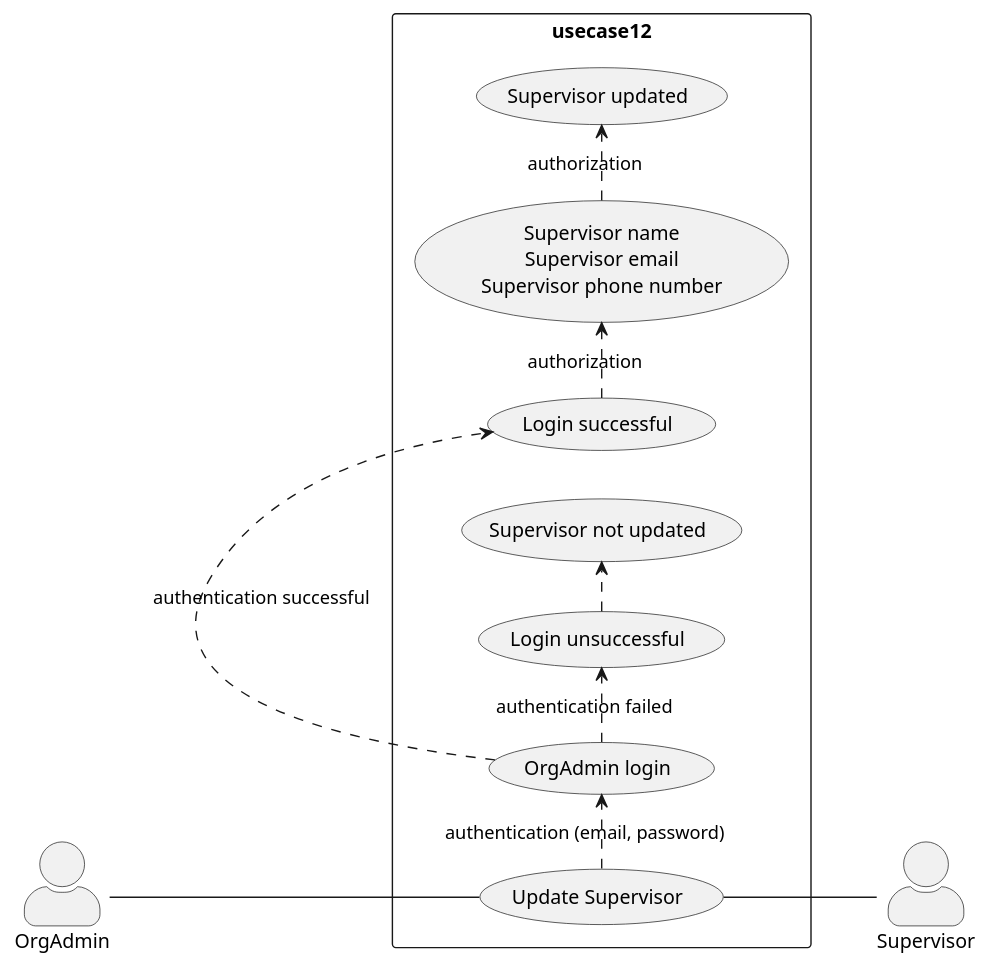
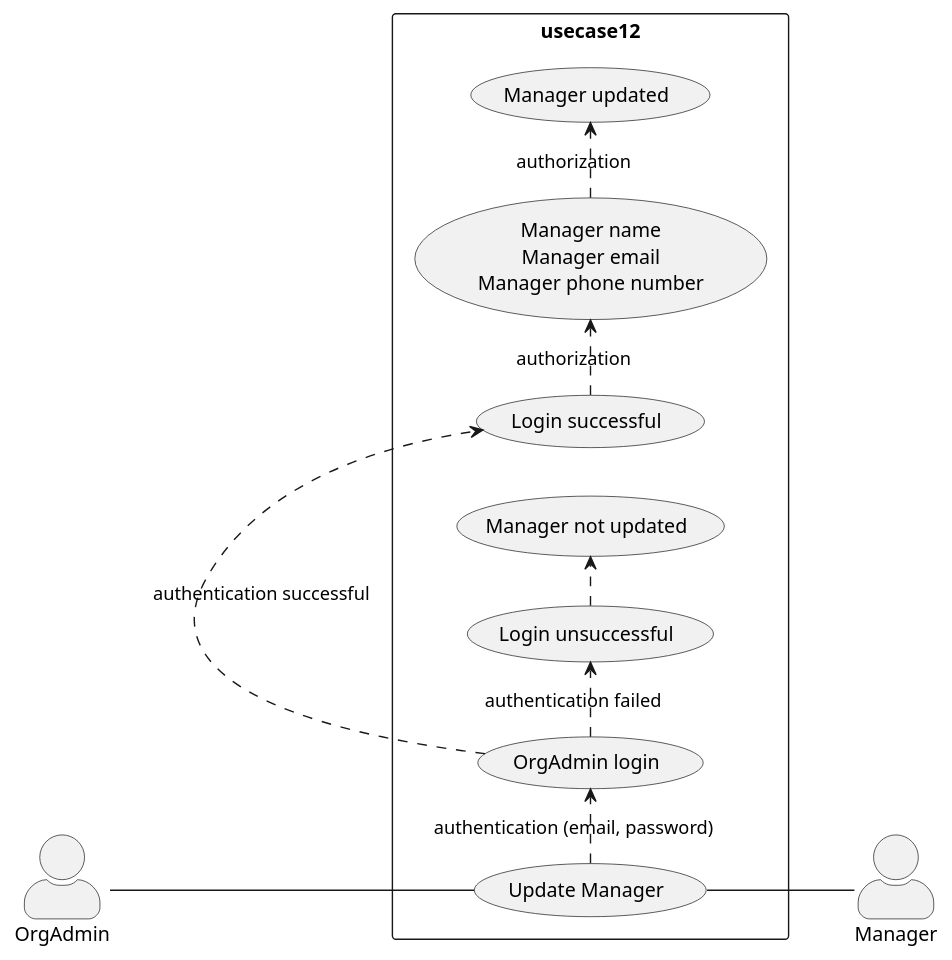
The diagram in 12_org_admin_usecase12.wsd (wawerualbert/CodeHub), drawn with PlantUML before and after one commit. The commit also changed 6 other files, not shown here.

Commit message:
switch supervisor and manager

```diff
--- a/12_org_admin_usecase12.wsd
+++ b/12_org_admin_usecase12.wsd
@@ -1,21 +1,21 @@
-@startuml OrgAdmin Update Supervisor
+@startuml OrgAdmin Update Manager
 
 skinparam actorStyle awesome
 left to right direction
 skinparam packageStyle rectangle
 
 actor OrgAdmin
-actor Supervisor
+actor Manager
 
 rectangle usecase12{
-  OrgAdmin-- (Update Supervisor)
-  (Update Supervisor) .> (OrgAdmin login) : authentication (email, password)
+  OrgAdmin-- (Update Manager)
+  (Update Manager) .> (OrgAdmin login) : authentication (email, password)
   (OrgAdmin login) .> (Login successful) : authentication successful
-  (Login successful) .> (Supervisor name\nSupervisor email\nSupervisor phone number) : authorization
-  (Supervisor name\nSupervisor email\nSupervisor phone number) .> (Supervisor updated) : authorization 
+  (Login successful) .> (Manager name\nManager email\nManager phone number) : authorization
+  (Manager name\nManager email\nManager phone number) .> (Manager updated) : authorization 
   (OrgAdmin login) .> (Login unsuccessful) : authentication failed
-  (Login unsuccessful) .> (Supervisor not updated)  
-  (Update Supervisor)-- Supervisor
+  (Login unsuccessful) .> (Manager not updated)  
+  (Update Manager)-- Manager
 }
 
 @enduml
```
